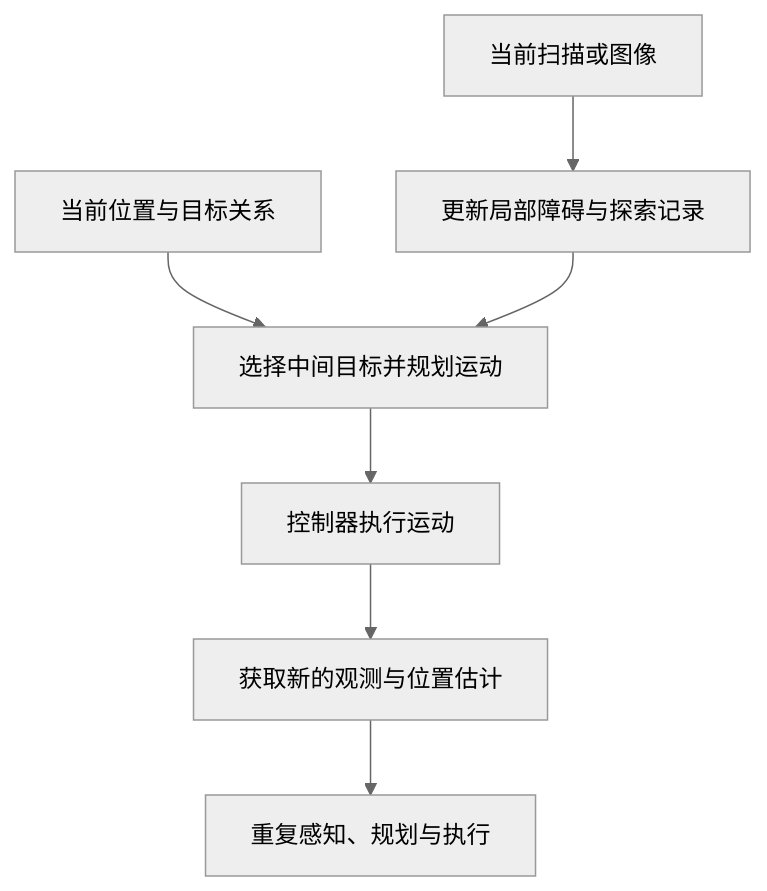
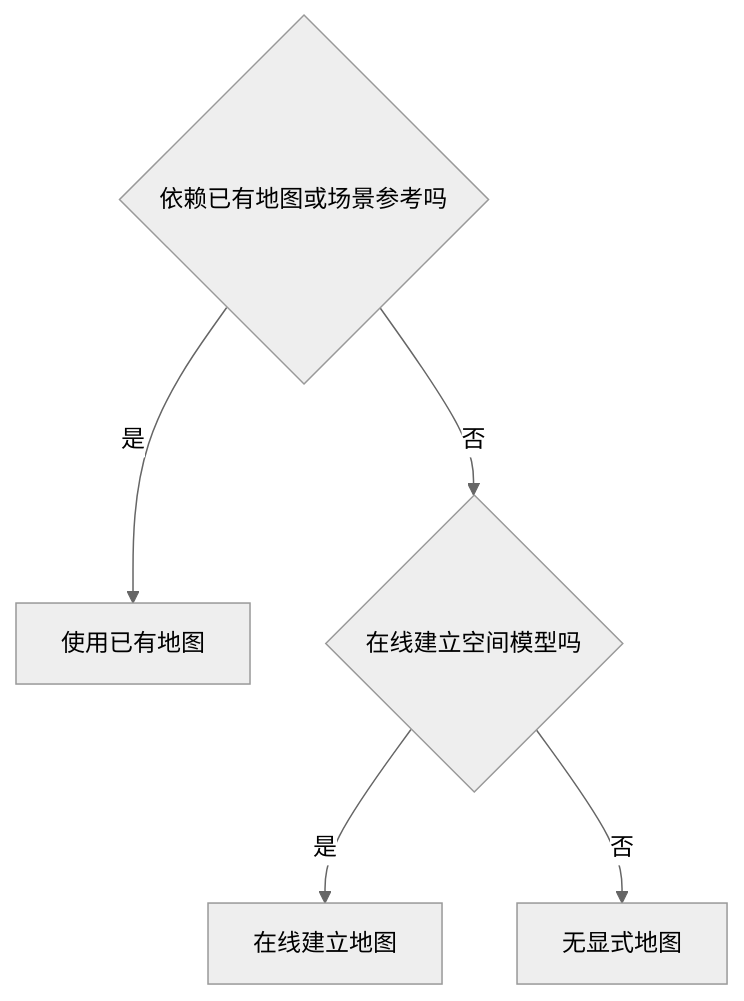
Before and after one commit to EnosElinsa/wheeltec-ros-textbook: the first of 3 diagrams in docs/06-sensors-navigation/33-relocalization-map-dependence.md, drawn with Mermaid (neutral theme). The commit also changed other lines of this file and 8 other files, not shown here.

````diff
--- a/docs/06-sensors-navigation/33-relocalization-map-dependence.md
+++ b/docs/06-sensors-navigation/33-relocalization-map-dependence.md
@@ -51,9 +43,7 @@
 ```mermaid
 flowchart TD
-    B[当前扫描或图像] --> C[更新局部障碍与探索记录]
-    A[当前位置与目标关系] --> D[选择中间目标并规划运动]
-    C --> D
-    D --> E[控制器执行运动]
-    E --> F[获取新的观测与位置估计]
-    F --> G[重复感知、规划与执行]
+    A{依赖已有地图或场景参考吗} -->|是| B[使用已有地图]
+    A -->|否| C{在线建立空间模型吗}
+    C -->|是| D[在线建立地图]
+    C -->|否| E[无显式地图]
 ```
````
